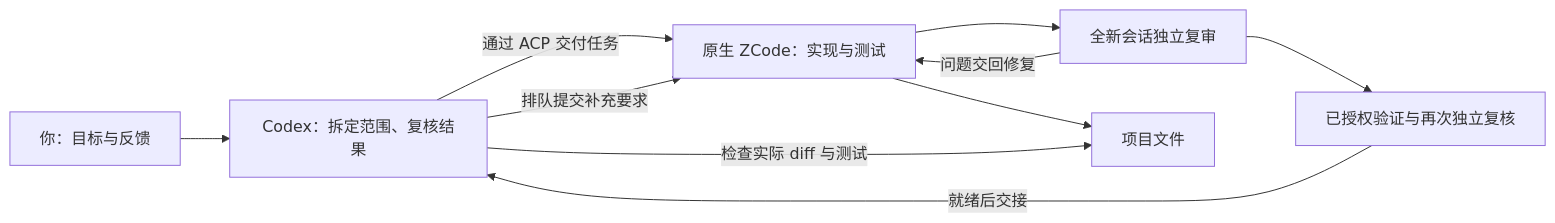
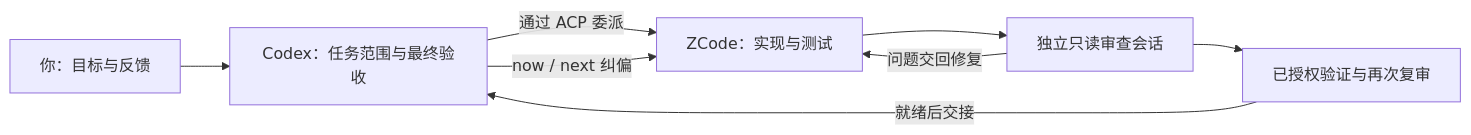
Before and after one commit to linxiangpk1991/codex-zcode-tandem: the diagram in README.zh-CN.md, drawn with Mermaid. The commit also changed other lines of this file and 10 other files, not shown here.

Commit message:
docs: clarify Codex ZCode use cases and improve project discovery

````diff
--- a/README.zh-CN.md
+++ b/README.zh-CN.md
@@ -64,12 +28,10 @@
 ```mermaid
 flowchart LR
-  U["你：目标与反馈"] --> C["Codex：拆定范围、复核结果"]
-  C -->|"通过 ACP 交付任务"| Z["原生 ZCode：实现与测试"]
-  Z --> R["全新会话独立复审"]
+  U["你：目标与反馈"] --> C["Codex：任务范围与最终验收"]
+  C -->|"通过 ACP 委派"| Z["ZCode：实现与测试"]
+  Z --> R["独立只读审查会话"]
   R -->|"问题交回修复"| Z
-  R --> V["已授权验证与再次独立复核"]
+  R --> V["已授权验证与再次复审"]
   V -->|"就绪后交接"| C
-  C -->|"排队提交补充要求"| Z
-  Z --> F["项目文件"]
-  C -->|"检查实际 diff 与测试"| F
+  C -->|"now / next 纠偏"| Z
 ```
````
